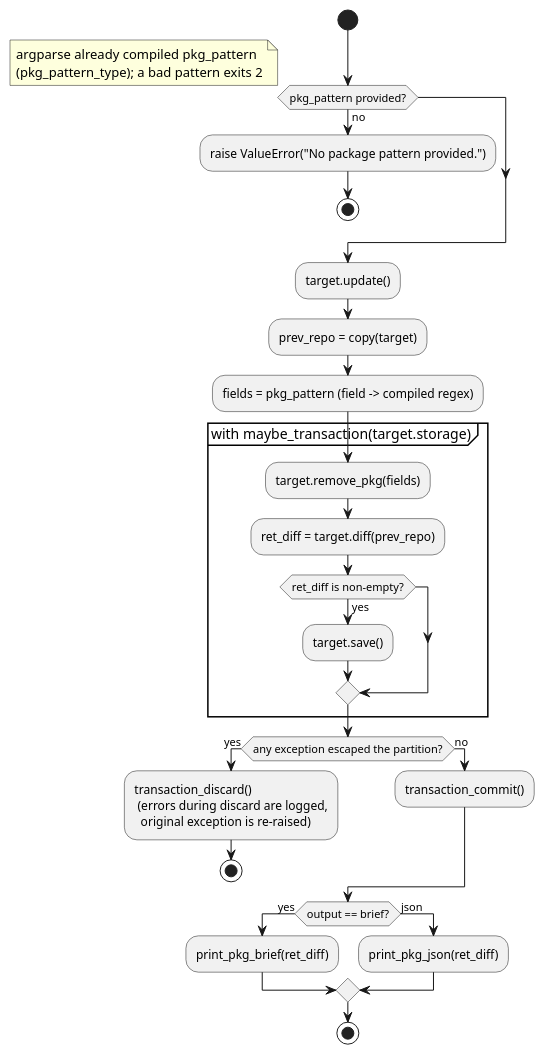
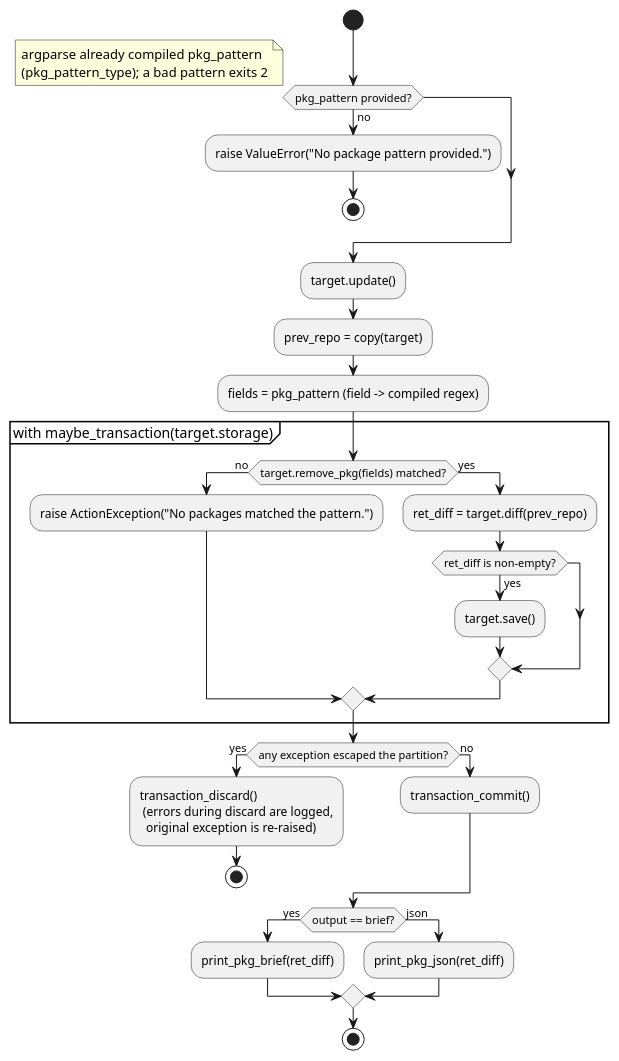
Before and after one commit to vinklat/debkit: the diagram in docs/development/diagrams/action-pkg-remove-activity.puml, drawn with PlantUML. The commit also changed 13 other files, not shown here.

```diff
--- a/docs/development/diagrams/action-pkg-remove-activity.puml
+++ b/docs/development/diagrams/action-pkg-remove-activity.puml
@@ -1,39 +1,42 @@
 @startuml
 start
 if (pkg_pattern provided?) then (no)
   :raise ValueError("No package pattern provided.");
   stop
 endif
 note right
   argparse already compiled pkg_pattern
   (pkg_pattern_type); a bad pattern exits 2
 end note
 
 :target.update();
 :prev_repo = copy(target);
 :fields = pkg_pattern (field -> compiled regex);
 
 partition "with maybe_transaction(target.storage)" {
-  :target.remove_pkg(fields);
-  :ret_diff = target.diff(prev_repo);
-  if (ret_diff is non-empty?) then (yes)
-    :target.save();
+  if (target.remove_pkg(fields) matched?) then (no)
+    :raise ActionException("No packages matched the pattern.");
+  else (yes)
+    :ret_diff = target.diff(prev_repo);
+    if (ret_diff is non-empty?) then (yes)
+      :target.save();
+    endif
   endif
 }
 
 if (any exception escaped the partition?) then (yes)
   :transaction_discard()
    (errors during discard are logged,
     original exception is re-raised);
   stop
 else (no)
   :transaction_commit();
 endif
 
 if (output == brief?) then (yes)
   :print_pkg_brief(ret_diff);
 else (json)
   :print_pkg_json(ret_diff);
 endif
 stop
 @enduml
```
